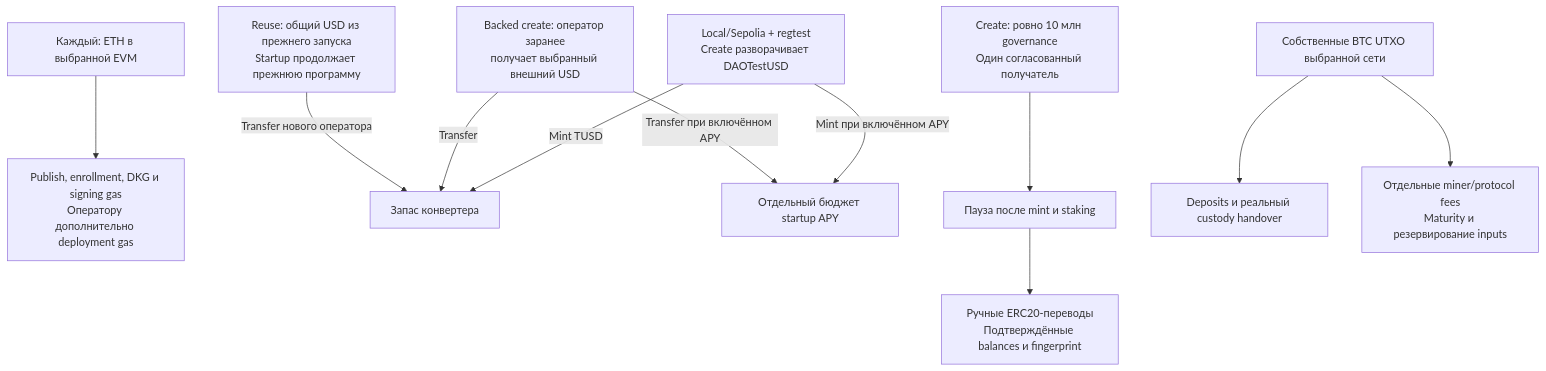
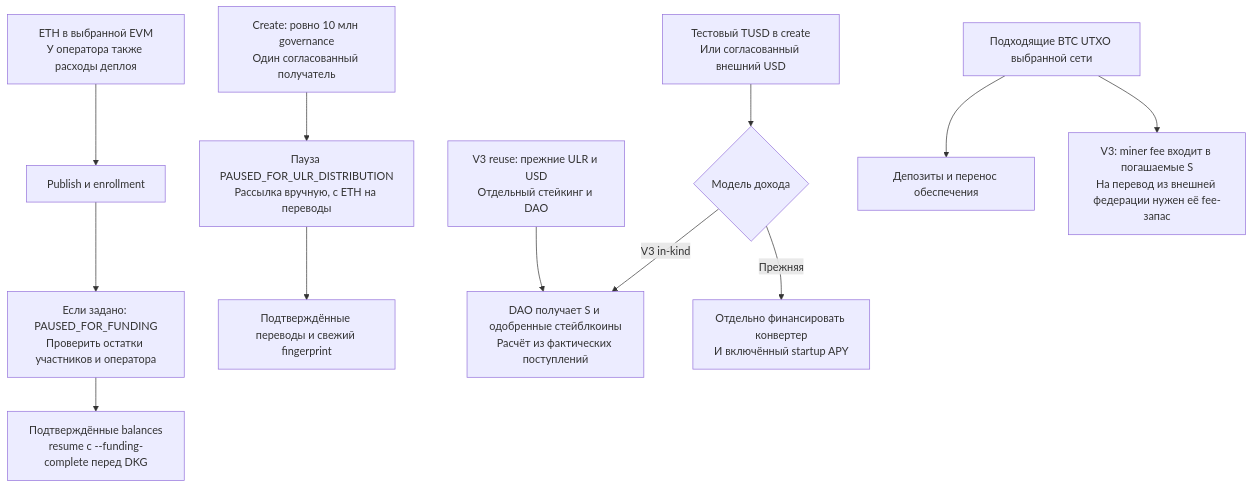
The first of 3 diagrams in docs/COLD_START.md (SergeyBelets/SatFiSetup), drawn with Mermaid before and after one commit. The commit also changed other lines of this file and 3468 other files, not shown here.

````diff
--- a/docs/COLD_START.md
+++ b/docs/COLD_START.md
@@ -61,15 +74,16 @@
 ```mermaid
 flowchart TD
     accTitle: Источники финансирования холодного старта
-    accDescr: Regtest create выпускает TUSD на конвертер и включённый APY. Backed create переводит USD оператора в эти бюджеты. Reuse финансирует новый конвертер в общем USD.
-    ETH["Каждый: ETH в выбранной EVM"] --> GAS["Publish, enrollment, DKG и signing gas<br/>Оператору дополнительно deployment gas"]
-    DEMO["Local/Sepolia + regtest<br/>Create разворачивает DAOTestUSD"] -->|"Mint TUSD"| CONV["Запас конвертера"]
-    DEMO -->|"Mint при включённом APY"| APY["Отдельный бюджет startup APY"]
-    USD["Backed create: оператор заранее<br/>получает выбранный внешний USD"] -->|"Transfer"| CONV
-    USD -->|"Transfer при включённом APY"| APY
-    REUSE["Reuse: общий USD из прежнего запуска<br/>Startup продолжает прежнюю программу"] -->|"Transfer нового оператора"| CONV
-    MINT["Create: ровно 10 млн governance<br/>Один согласованный получатель"] --> PAUSE["Пауза после mint и staking"]
-    PAUSE --> MANUAL["Ручные ERC20-переводы<br/>Подтверждённые balances и fingerprint"]
-    BTC["Собственные BTC UTXO выбранной сети"] --> DEPOSIT["Deposits и реальный custody handover"]
-    BTC --> FEES["Отдельные miner/protocol fees<br/>Maturity и резервирование inputs"]
+    accDescr: ETH нужен для публикации и enrollment до явной паузы funding. При create общий ULR выпускается одному получателю. Legacy конвертер и APY финансируются отдельно. V3 DAO платит из фактических поступлений.
+    ETH["ETH в выбранной EVM<br/>У оператора также расходы деплоя"] --> JOIN["Publish и enrollment"]
+    JOIN --> PAUSE["Если задано: PAUSED_FOR_FUNDING<br/>Проверить остатки участников и оператора"]
+    PAUSE --> CONF["Подтверждённые balances<br/>resume с --funding-complete перед DKG"]
+    MINT["Create: ровно 10 млн governance<br/>Один согласованный получатель"] --> ULR["Пауза PAUSED_FOR_ULR_DISTRIBUTION<br/>Рассылка вручную, с ETH на переводы"]
+    ULR --> FP["Подтверждённые переводы и свежий fingerprint"]
+    USD["Тестовый TUSD в create<br/>Или согласованный внешний USD"] --> MODE{"Модель дохода"}
+    MODE -->|"V3 in-kind"| DAO["DAO получает S и одобренные стейблкоины<br/>Расчёт из фактических поступлений"]
+    MODE -->|"Прежняя"| CONV["Отдельно финансировать конвертер<br/>И включённый startup APY"]
+    REUSE["V3 reuse: прежние ULR и USD<br/>Отдельный стейкинг и DAO"] --> DAO
+    BTC["Подходящие BTC UTXO выбранной сети"] --> DEPOSIT["Депозиты и перенос обеспечения"]
+    BTC --> FEES["V3: miner fee входит в погашаемые S<br/>На перевод из внешней федерации нужен её fee-запас"]
 ```
````
